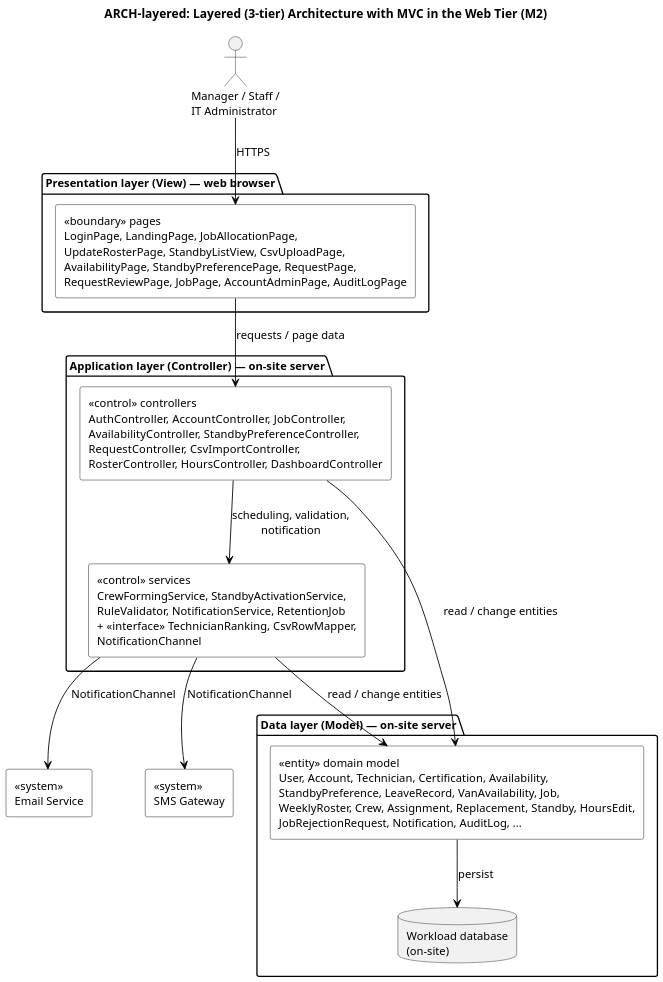
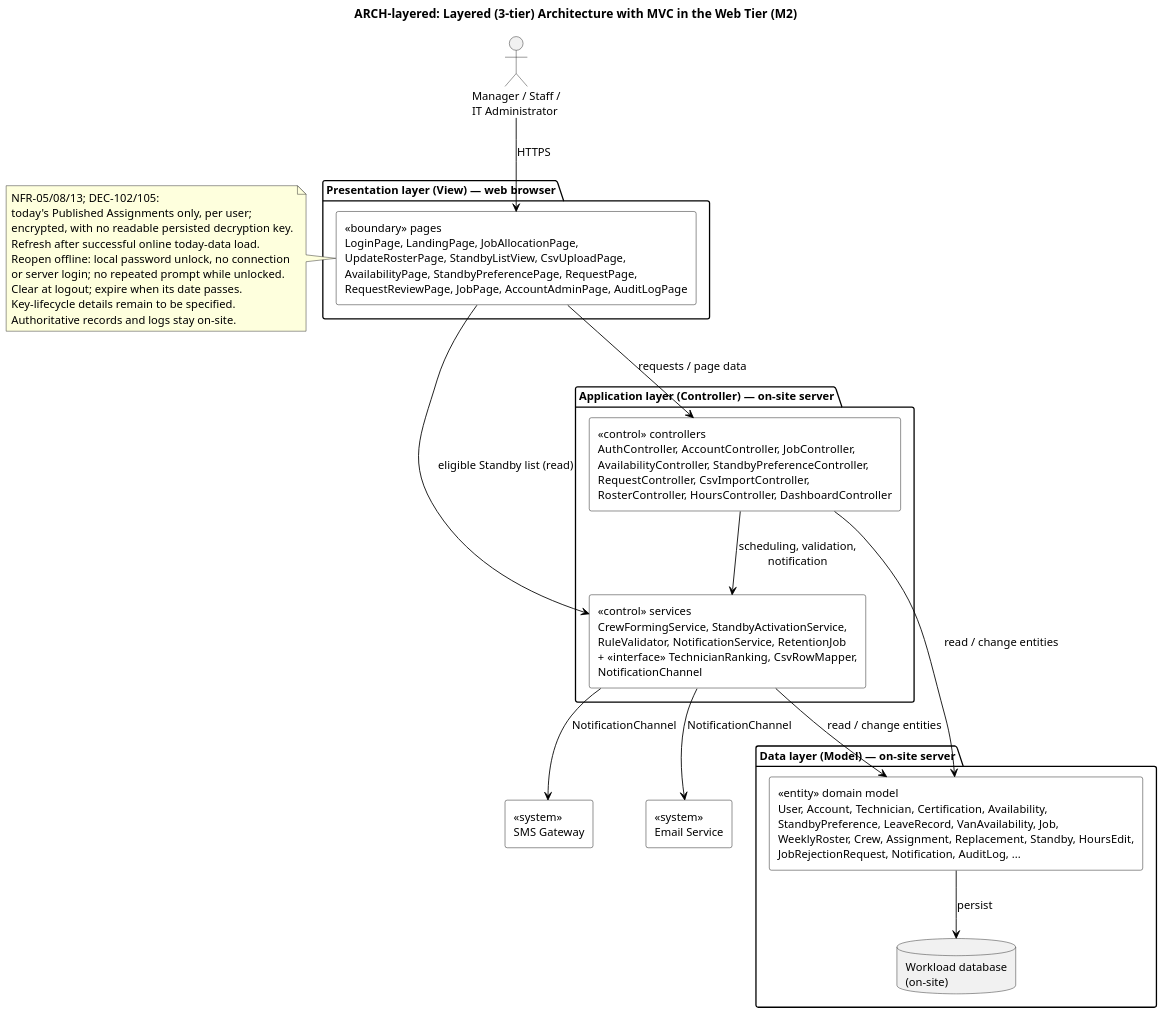
The diagram in diagrams/ARCH-layered.puml (ZadeNova/inf2001-SE), drawn with PlantUML before and after one commit. The commit also changed 19 other files, not shown here.

```diff
--- a/diagrams/ARCH-layered.puml
+++ b/diagrams/ARCH-layered.puml
@@ -1,44 +1,57 @@
 @startuml ARCH-layered
 skinparam backgroundColor white
 skinparam shadowing false
 skinparam defaultFontName Arial
 skinparam defaultFontSize 13
 skinparam dpi 150
 skinparam ArrowColor black
 skinparam rectangleBackgroundColor white
 skinparam rectangleBorderColor black
 skinparam componentStyle rectangle
 skinparam packageBackgroundColor white
 title ARCH-layered: Layered (3-tier) Architecture with MVC in the Web Tier (M2)
-' Traces: DEC-93; DEC-96-98; NFR-11; NFR-13; CD-final; CMP-system.
+' Traces: DEC-93; DEC-96-99; DEC-102; DEC-104; DEC-105; NFR-05; NFR-08; NFR-11; NFR-13; CD-final; CMP-system.
 ' Each layer only calls the layer directly below it. ECB mapping: boundary = View, control = Controller/service, entity = Model.
 top to bottom direction
 
 actor "Manager / Staff /\nIT Administrator" as Users
 
 package "Presentation layer (View) — web browser" as P {
  rectangle "<<boundary>> pages\nLoginPage, LandingPage, JobAllocationPage,\nUpdateRosterPage, StandbyListView, CsvUploadPage,\nAvailabilityPage, StandbyPreferencePage, RequestPage,\nRequestReviewPage, JobPage, AccountAdminPage, AuditLogPage" as Views
 }
 
 package "Application layer (Controller) — on-site server" as A {
  rectangle "<<control>> controllers\nAuthController, AccountController, JobController,\nAvailabilityController, StandbyPreferenceController,\nRequestController, CsvImportController,\nRosterController, HoursController, DashboardController" as Controllers
  rectangle "<<control>> services\nCrewFormingService, StandbyActivationService,\nRuleValidator, NotificationService, RetentionJob\n+ <<interface>> TechnicianRanking, CsvRowMapper,\nNotificationChannel" as Services
 }
 
 package "Data layer (Model) — on-site server" as D {
  rectangle "<<entity>> domain model\nUser, Account, Technician, Certification, Availability,\nStandbyPreference, LeaveRecord, VanAvailability, Job,\nWeeklyRoster, Crew, Assignment, Replacement, Standby, HoursEdit,\nJobRejectionRequest, Notification, AuditLog, ..." as Model
  database "Workload database\n(on-site)" as DB
 }
 
 rectangle "<<system>>\nEmail Service" as Email
 rectangle "<<system>>\nSMS Gateway" as SMS
 
 Users --> Views : HTTPS
 Views --> Controllers : requests / page data
+Views --> Services : eligible Standby list (read)
 Controllers --> Services : scheduling, validation,\nnotification
 Controllers --> Model : read / change entities
 Services --> Model : read / change entities
 Model --> DB : persist
 Services --> Email : NotificationChannel
 Services --> SMS : NotificationChannel
+
+note left of Views
+ NFR-05/08/13; DEC-102/105:
+ today's Published Assignments only, per user;
+ encrypted, with no readable persisted decryption key.
+ Refresh after successful online today-data load.
+ Reopen offline: local password unlock, no connection
+ or server login; no repeated prompt while unlocked.
+ Clear at logout; expire when its date passes.
+ Key-lifecycle details remain to be specified.
+ Authoritative records and logs stay on-site.
+end note
 @enduml
```
